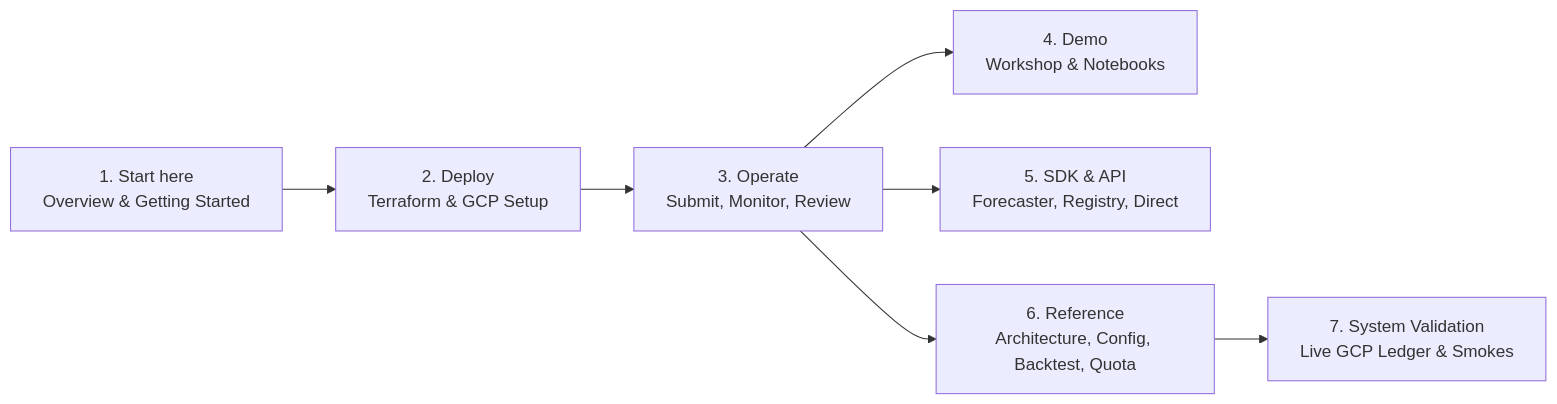
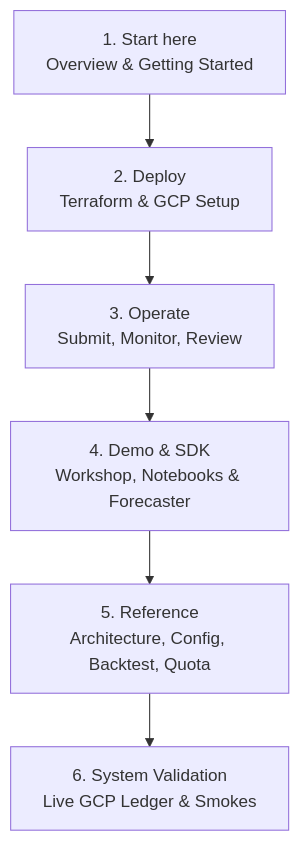
One commit to statmike/scale-forecasting changed the diagram in docs/README.md. Above: the diagram before and after it, drawn with Mermaid. The commit also changed 17 other files, not shown here.

Commit message:
docs: fix GitHub MathJax text-mode underscores, convert wide Mermaid diagrams to vertical TD, and add tripwire

````diff
--- a/docs/README.md
+++ b/docs/README.md
@@ -7,9 +7,8 @@
 ```mermaid
-flowchart LR
+flowchart TD
     Start["1. Start here<br/>Overview & Getting Started"] --> Deploy["2. Deploy<br/>Terraform & GCP Setup"]
     Deploy --> Operate["3. Operate<br/>Submit, Monitor, Review"]
-    Operate --> Demo["4. Demo<br/>Workshop & Notebooks"]
-    Operate --> SDK["5. SDK & API<br/>Forecaster, Registry, Direct"]
-    Operate --> Ref["6. Reference<br/>Architecture, Config, Backtest, Quota"]
-    Ref --> Val["7. System Validation<br/>Live GCP Ledger & Smokes"]
+    Operate --> Demo["4. Demo & SDK<br/>Workshop, Notebooks & Forecaster"]
+    Demo --> Ref["5. Reference<br/>Architecture, Config, Backtest, Quota"]
+    Ref --> Val["6. System Validation<br/>Live GCP Ledger & Smokes"]
 ```
````
